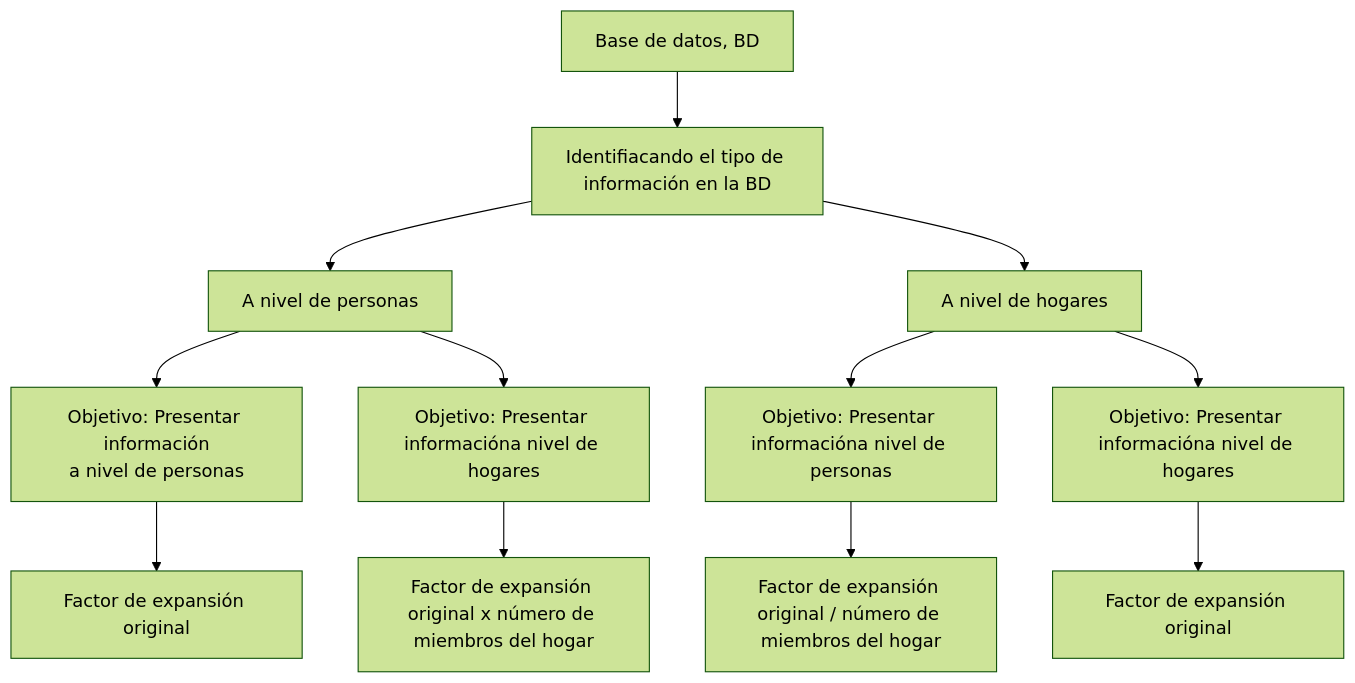
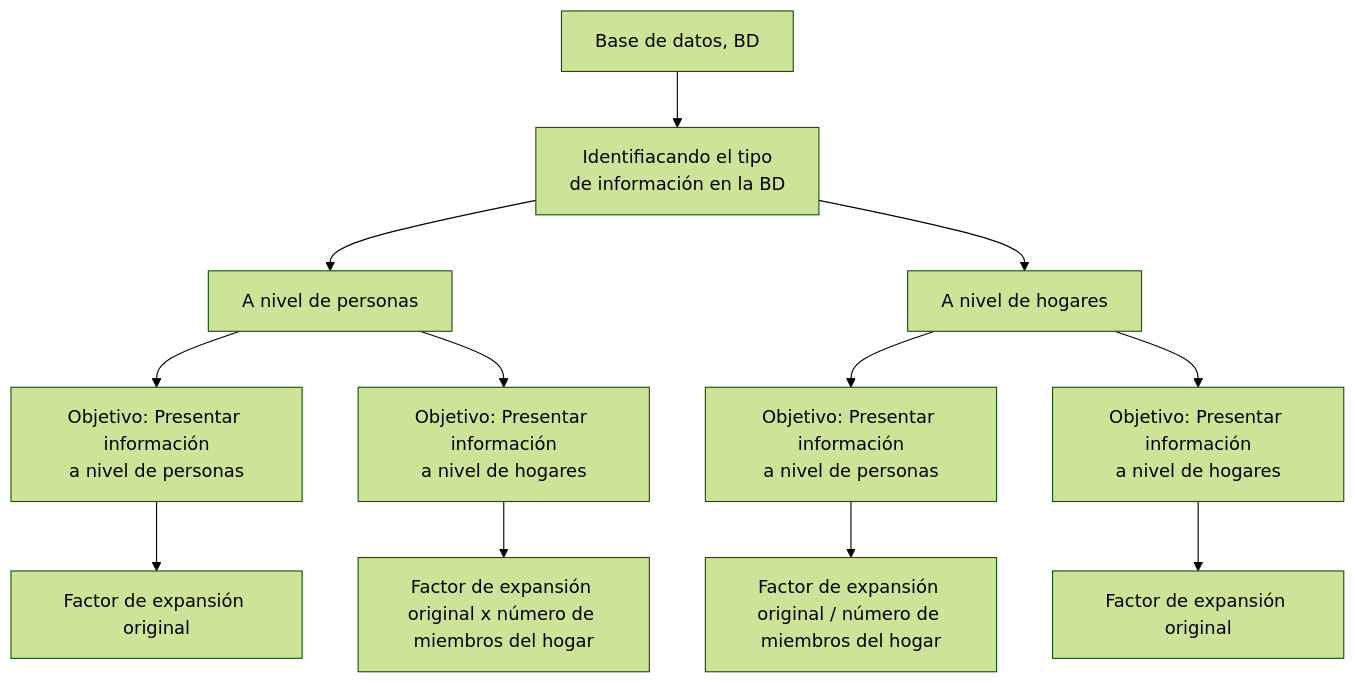
One commit to AlejandroPerezPortocarrero/Descriptive_analysis_ENAHO changed the diagram in 01_Factores_expansión.md. Above: the diagram before and after it, drawn with Mermaid (forest theme).

````diff
--- a/01_Factores_expansión.md
+++ b/01_Factores_expansión.md
@@ -67,14 +67,14 @@
 ```mermaid
 graph TD;
-    st[Base de datos, BD] --> split1[Identifiacando el tipo de información en la BD];
+    st[Base de datos, BD] --> split1[Identifiacando el tipo<br>de información en la BD];
     split1 --> split2a[A nivel de personas];
     split1 --> split2b[A nivel de hogares];
     split2a --> split3a[Objetivo: Presentar información<br>a nivel de personas];
-    split2a --> split3b[Objetivo: Presentar informacióna nivel de hogares];
-    split2b --> split5a[Objetivo: Presentar informacióna nivel de personas];
-    split2b --> split5b[Objetivo: Presentar informacióna nivel de hogares];
+    split2a --> split3b[Objetivo: Presentar información<br>a nivel de hogares];
+    split2b --> split5a[Objetivo: Presentar información<br>a nivel de personas];
+    split2b --> split5b[Objetivo: Presentar información<br>a nivel de hogares];
     split3a --> split4a[Factor de expansión original];
     split3b --> split4b[Factor de expansión original x número de miembros del hogar];
     split5a --> split6a[Factor de expansión original / número de miembros del hogar];
     split5b --> split6b[Factor de expansión original];
 ```
````
